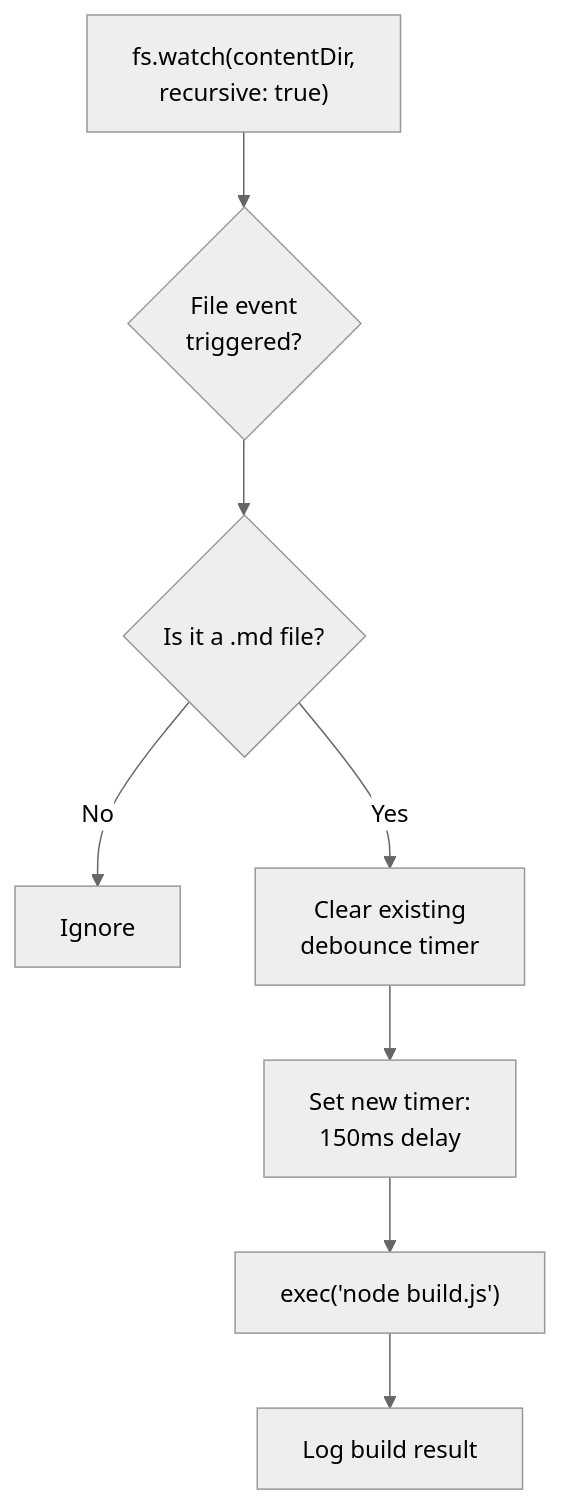
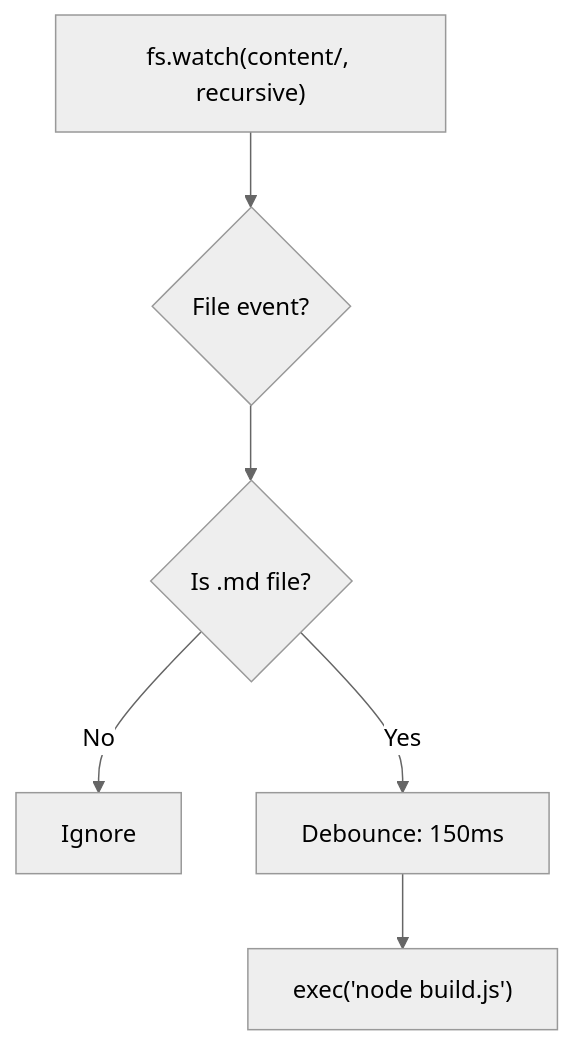
Before and after one commit to Kavyargb/Neuron-IQ: the seventh of 13 diagrams in README.md, drawn with Mermaid (neutral theme). The commit also changed other lines of this file, not shown here.

Commit message:
docs: overhaul README with enhanced formatting, project badges, and detailed architecture documentation

````diff
--- a/README.md
+++ b/README.md
@@ -366,10 +383,8 @@
 ```mermaid
 flowchart TD
-    A["fs.watch(contentDir,<br>recursive: true)"] --> B{"File event<br>triggered?"}
-    B --> C{"Is it a .md file?"}
+    A["fs.watch(content/, recursive)"] --> B{"File event?"}
+    B --> C{"Is .md file?"}
     C -- "No" --> D["Ignore"]
-    C -- "Yes" --> E["Clear existing<br>debounce timer"]
-    E --> F["Set new timer:<br>150ms delay"]
-    F --> G["exec('node build.js')"]
-    G --> H["Log build result"]
+    C -- "Yes" --> E["Debounce: 150ms"]
+    E --> F["exec('node build.js')"]
 ```
````
